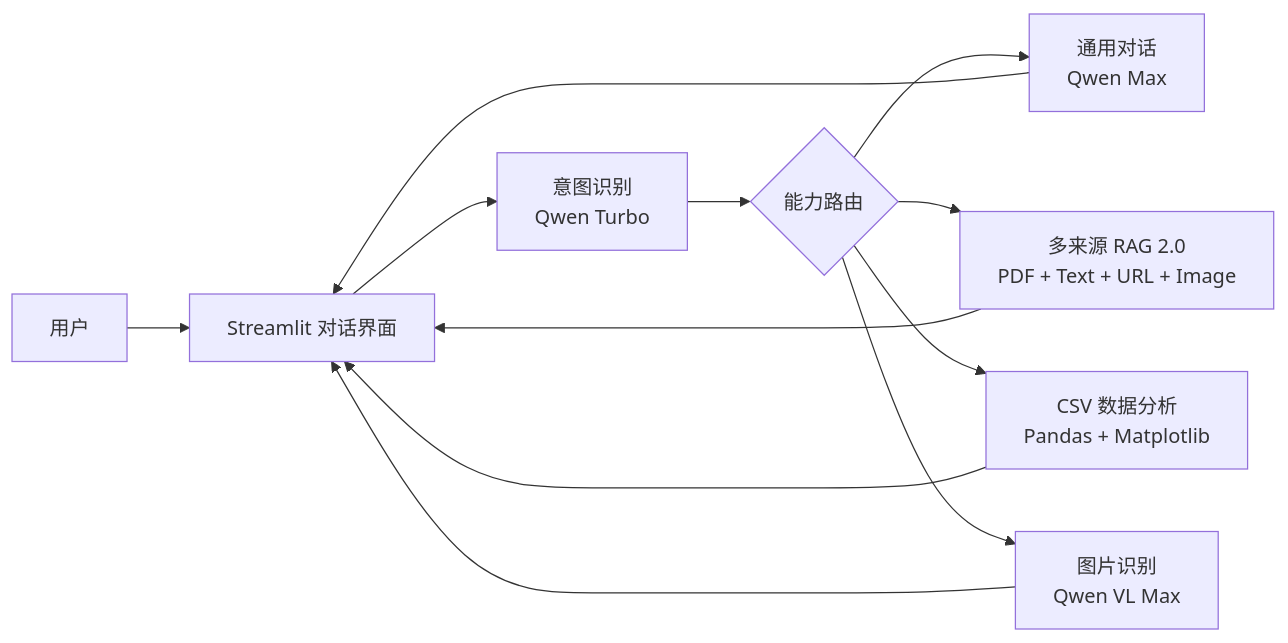
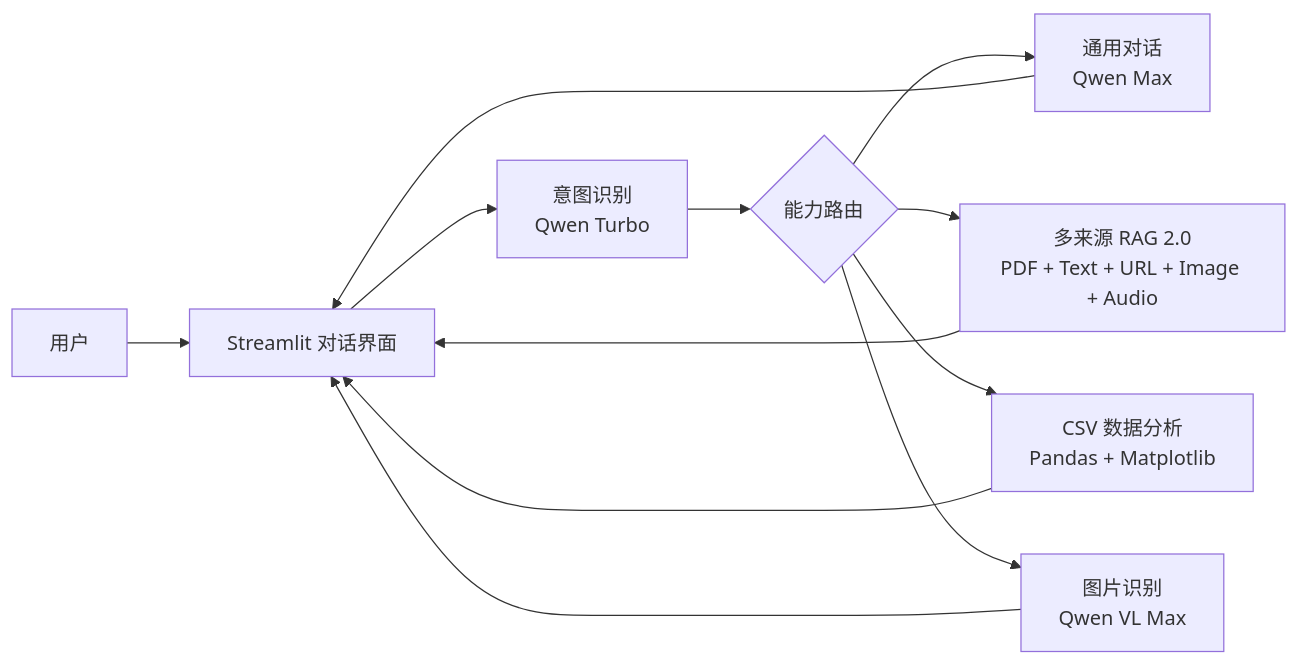
Before and after one commit to ChiYuouo/chat-bot: the diagram in README.md, drawn with Mermaid. The commit also changed other lines of this file and 9 other files, not shown here.

````diff
--- a/README.md
+++ b/README.md
@@ -16,11 +16,11 @@
 ```mermaid
 flowchart LR
     U[用户] --> UI[Streamlit 对话界面]
     UI --> I[意图识别<br/>Qwen Turbo]
     I --> R{能力路由}
     R --> G[通用对话<br/>Qwen Max]
-    R --> D[多来源 RAG 2.0<br/>PDF + Text + URL + Image]
+    R --> D[多来源 RAG 2.0<br/>PDF + Text + URL + Image + Audio]
     R --> A[CSV 数据分析<br/>Pandas + Matplotlib]
     R --> V[图片识别<br/>Qwen VL Max]
     G & D & A & V --> UI
 ```
````
